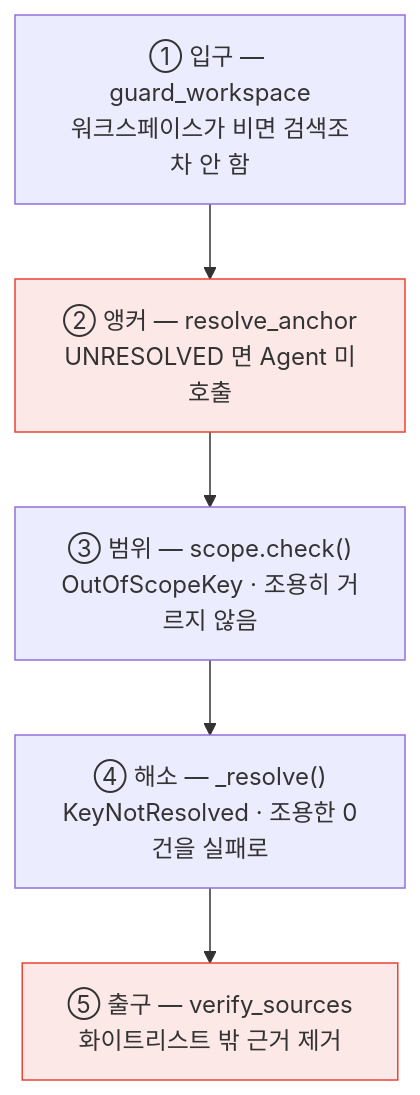
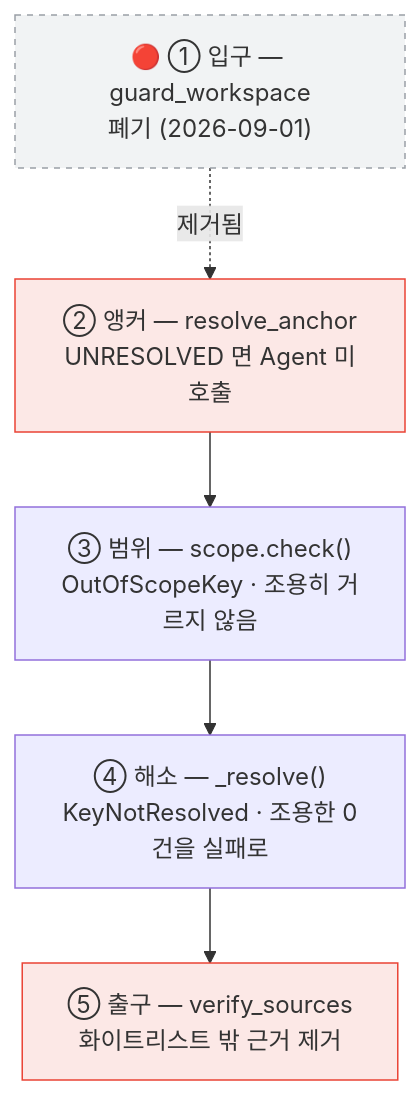
Before and after one commit to Biz-Node/BizNode-AI-Data: the fifth of 6 diagrams in docs/BizNode_Agent_Architecture_Design.md, drawn with Mermaid. The commit also changed other lines of this file and 4 other files, not shown here.

````diff
--- a/docs/BizNode_Agent_Architecture_Design.md
+++ b/docs/BizNode_Agent_Architecture_Design.md
@@ -772,11 +796,13 @@
 ```mermaid
 flowchart TD
-    A["① 입구 — guard_workspace<br/>워크스페이스가 비면 검색조차 안 함"]
+    A["🔴 ① 입구 — guard_workspace<br/>폐기 (2026-09-01)"]
     B["② 앵커 — resolve_anchor<br/>UNRESOLVED 면 Agent 미호출"]
     C["③ 범위 — scope.check()<br/>OutOfScopeKey · 조용히 거르지 않음"]
     D["④ 해소 — _resolve()<br/>KeyNotResolved · 조용한 0건을 실패로"]
     E["⑤ 출구 — verify_sources<br/>화이트리스트 밖 근거 제거"]
-    A --> B --> C --> D --> E
+    A -. "제거됨" .-> B
+    B --> C --> D --> E
+    style A fill:#f1f3f4,stroke:#9aa0a6,stroke-dasharray: 4 4
     style B fill:#fce8e6,stroke:#ea4335
     style E fill:#fce8e6,stroke:#ea4335
 ```
````
